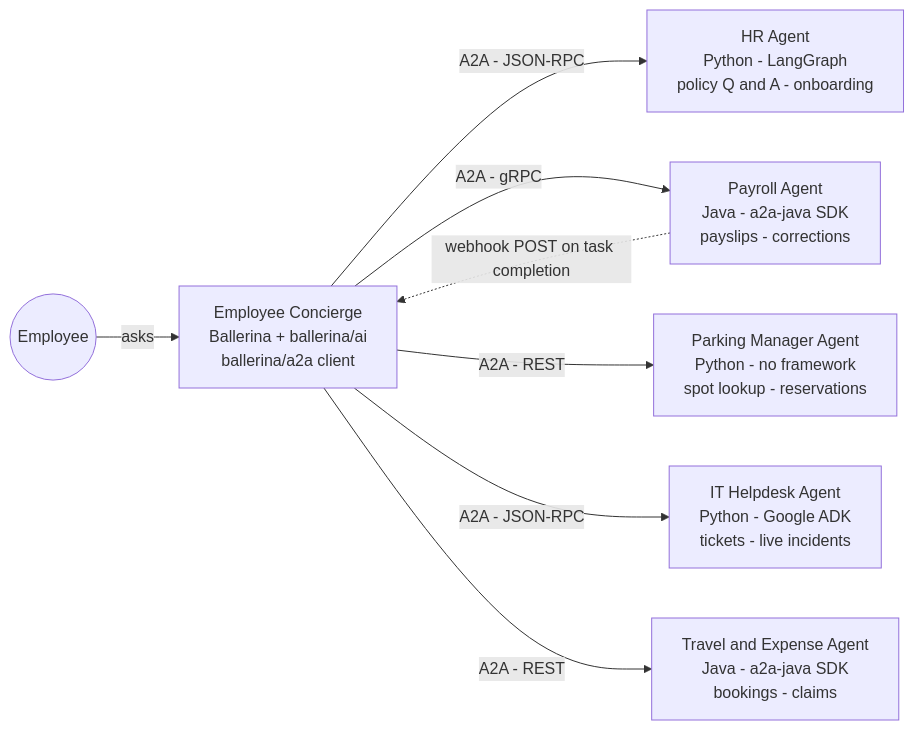
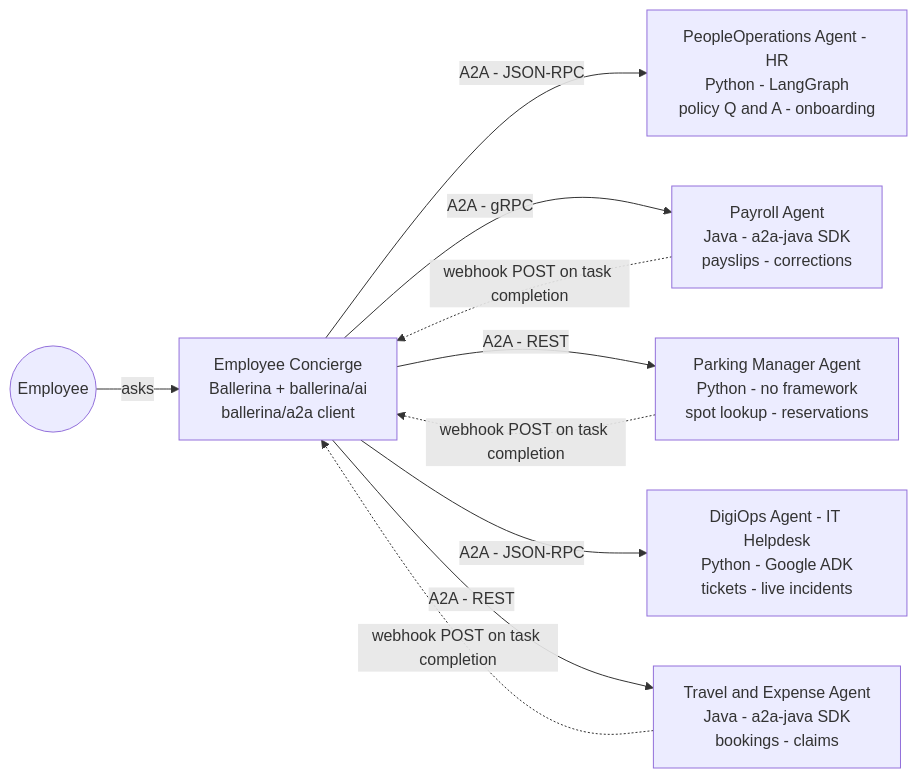
Before and after one commit to Anuja-jayasinghe/employee-concierge-demo: the diagram in docs/architecture.md, drawn with Mermaid. The commit also changed other lines of this file, not shown here.

First line of the commit message:
docs: re-check architecture.md against what was actually built, correct drift

````diff
--- a/docs/architecture.md
+++ b/docs/architecture.md
@@ -18,18 +28,20 @@
 ```mermaid
 flowchart LR
     Employee((Employee))
     Orchestrator["Employee Concierge<br/>Ballerina + ballerina/ai<br/>ballerina/a2a client"]
-    HR["HR Agent<br/>Python - LangGraph<br/>policy Q and A - onboarding"]
+    HR["PeopleOperations Agent - HR<br/>Python - LangGraph<br/>policy Q and A - onboarding"]
     Payroll["Payroll Agent<br/>Java - a2a-java SDK<br/>payslips - corrections"]
     Parking["Parking Manager Agent<br/>Python - no framework<br/>spot lookup - reservations"]
-    IT["IT Helpdesk Agent<br/>Python - Google ADK<br/>tickets - live incidents"]
+    IT["DigiOps Agent - IT Helpdesk<br/>Python - Google ADK<br/>tickets - live incidents"]
     Travel["Travel and Expense Agent<br/>Java - a2a-java SDK<br/>bookings - claims"]
 
     Employee -- asks --> Orchestrator
     Orchestrator -- "A2A - JSON-RPC" --> HR
     Orchestrator -- "A2A - gRPC" --> Payroll
     Orchestrator -- "A2A - REST" --> Parking
     Orchestrator -- "A2A - JSON-RPC" --> IT
     Orchestrator -- "A2A - REST" --> Travel
+    Parking -. "webhook POST on task completion" .-> Orchestrator
     Payroll -. "webhook POST on task completion" .-> Orchestrator
+    Travel -. "webhook POST on task completion" .-> Orchestrator
 ```
````
